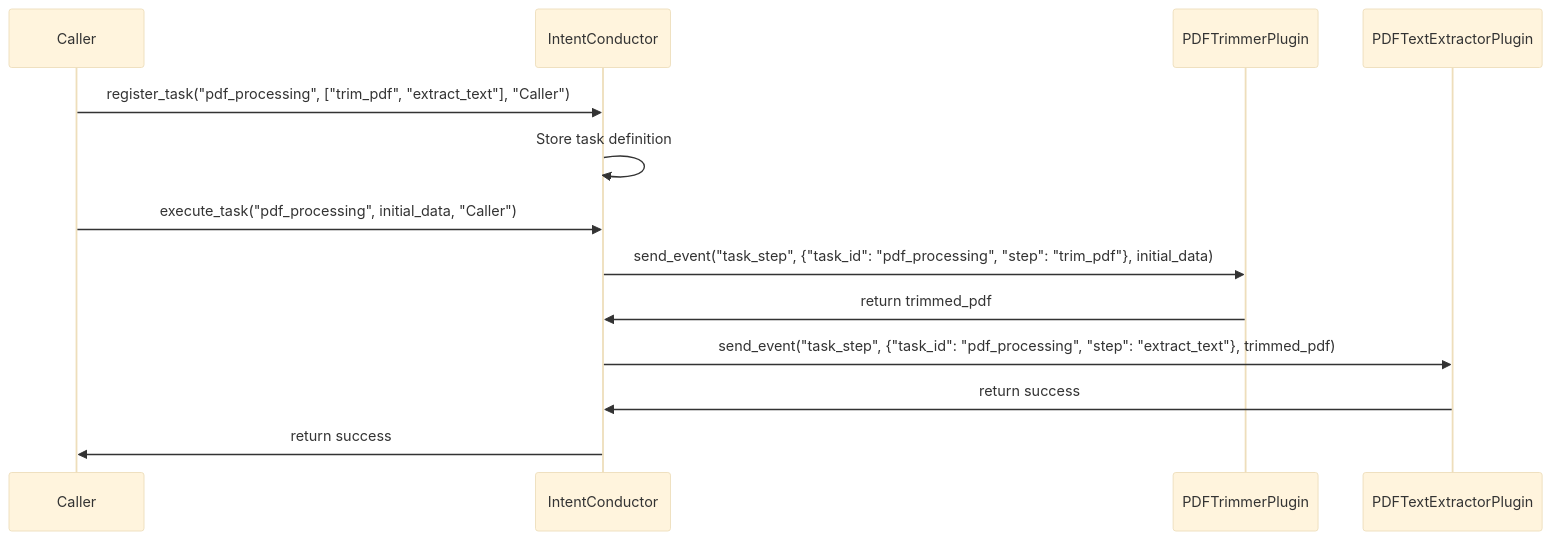
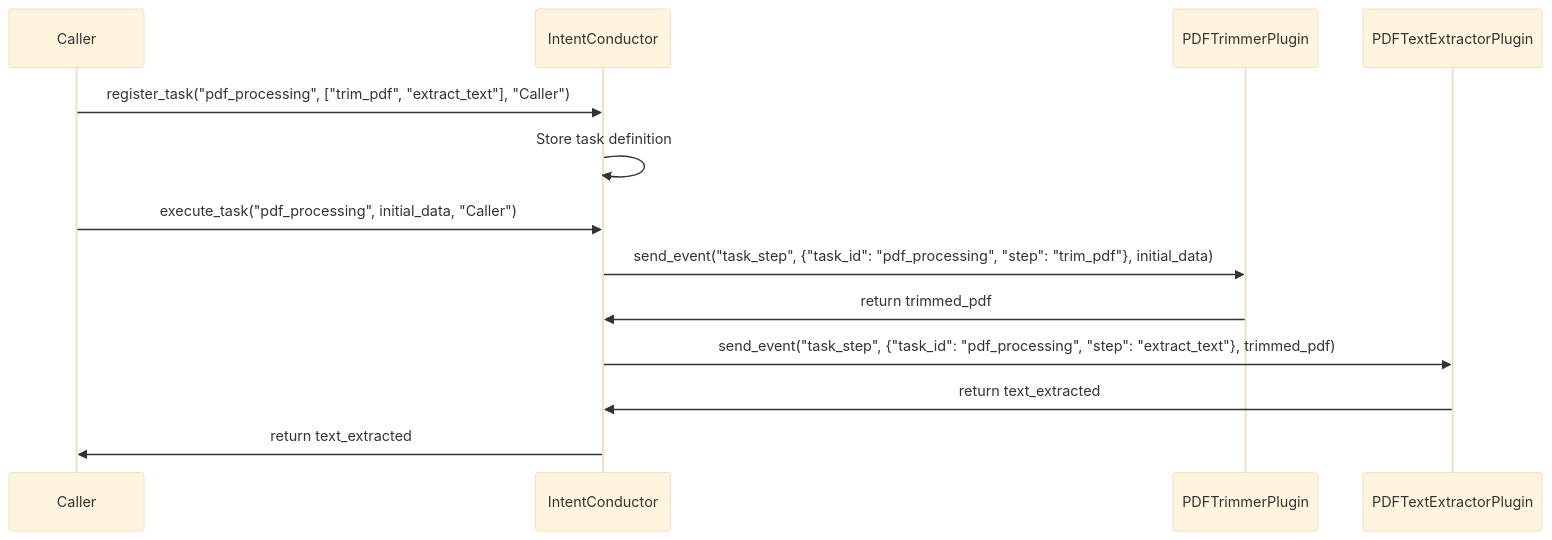
The second of 2 diagrams in doc/developer_manual.md (hamatz/chatgpt_minimal_starter_kit), drawn with Mermaid (base theme) before and after one commit. The commit also changed other lines of this file, not shown here.

````diff
--- a/doc/developer_manual.md
+++ b/doc/developer_manual.md
@@ -374,16 +374,16 @@
 ```mermaid
 sequenceDiagram
     participant Caller
     participant IntentConductor
     participant PDFTrimmerPlugin
     participant PDFTextExtractorPlugin
 
     Caller->>IntentConductor: register_task("pdf_processing", ["trim_pdf", "extract_text"], "Caller")
     IntentConductor->>IntentConductor: Store task definition
     Caller->>IntentConductor: execute_task("pdf_processing", initial_data, "Caller")
     IntentConductor->>PDFTrimmerPlugin: send_event("task_step", {"task_id": "pdf_processing", "step": "trim_pdf"}, initial_data)
     PDFTrimmerPlugin->>IntentConductor: return trimmed_pdf
     IntentConductor->>PDFTextExtractorPlugin: send_event("task_step", {"task_id": "pdf_processing", "step": "extract_text"}, trimmed_pdf)
-    PDFTextExtractorPlugin->>IntentConductor: return success
-    IntentConductor->>Caller: return success
+    PDFTextExtractorPlugin->>IntentConductor: return text_extracted
+    IntentConductor->>Caller: return text_extracted
 ```
````
